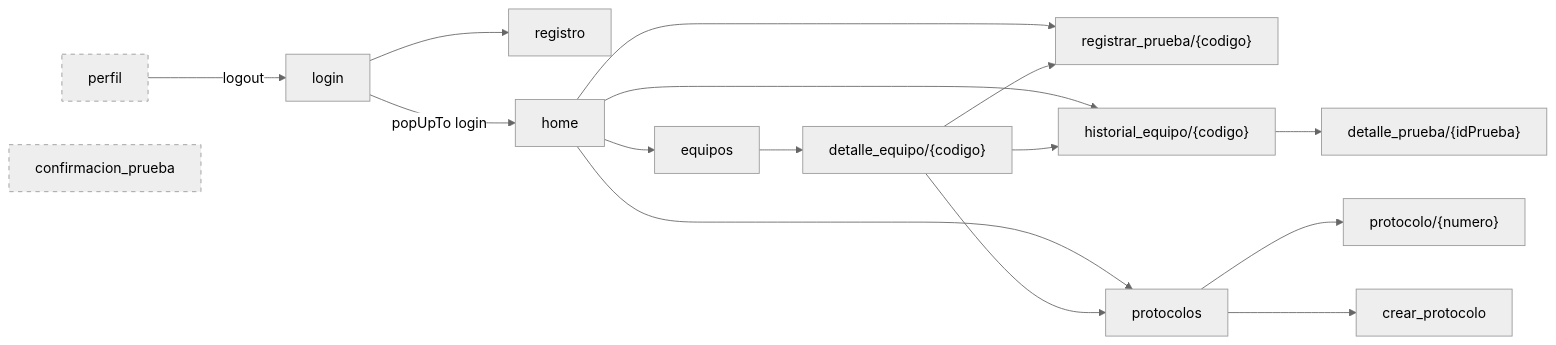
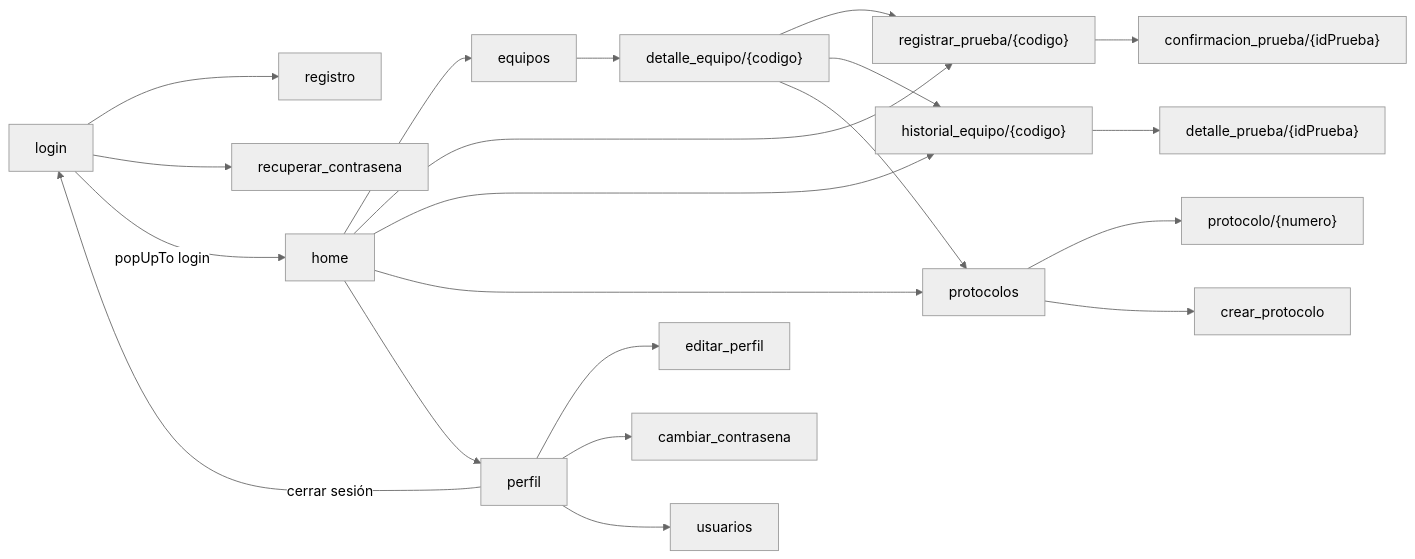
One commit to Simon2853/Electra changed the third of 4 diagrams in ARCHITECTURE.md. Above: the diagram before and after it, drawn with Mermaid (neutral theme). The commit also changed other lines of this file and 2 other files, not shown here.

````diff
--- a/ARCHITECTURE.md
+++ b/ARCHITECTURE.md
@@ -119,18 +152,22 @@
 ```mermaid
 flowchart LR
     login --> registro
+    login --> recuperar_contrasena
     login -->|popUpTo login| home
     home --> equipos --> detalle_equipo["detalle_equipo/{codigo}"]
     home --> registrar_prueba["registrar_prueba/{codigo}"]
     home --> historial["historial_equipo/{codigo}"]
     home --> protocolos
+    home --> perfil
     detalle_equipo --> registrar_prueba
     detalle_equipo --> historial
     detalle_equipo --> protocolos
+    registrar_prueba --> confirmacion["confirmacion_prueba/{idPrueba}"]
     historial --> detalle_prueba["detalle_prueba/{idPrueba}"]
     protocolos --> protocolo["protocolo/{numero}"]
     protocolos --> crear_protocolo
-    perfil:::orphan -->|logout| login
-    confirmacion_prueba:::orphan
-    classDef orphan stroke-dasharray: 5 5
+    perfil --> editar_perfil
+    perfil --> cambiar_contrasena
+    perfil --> usuarios
+    perfil -->|cerrar sesión| login
 ```
````
